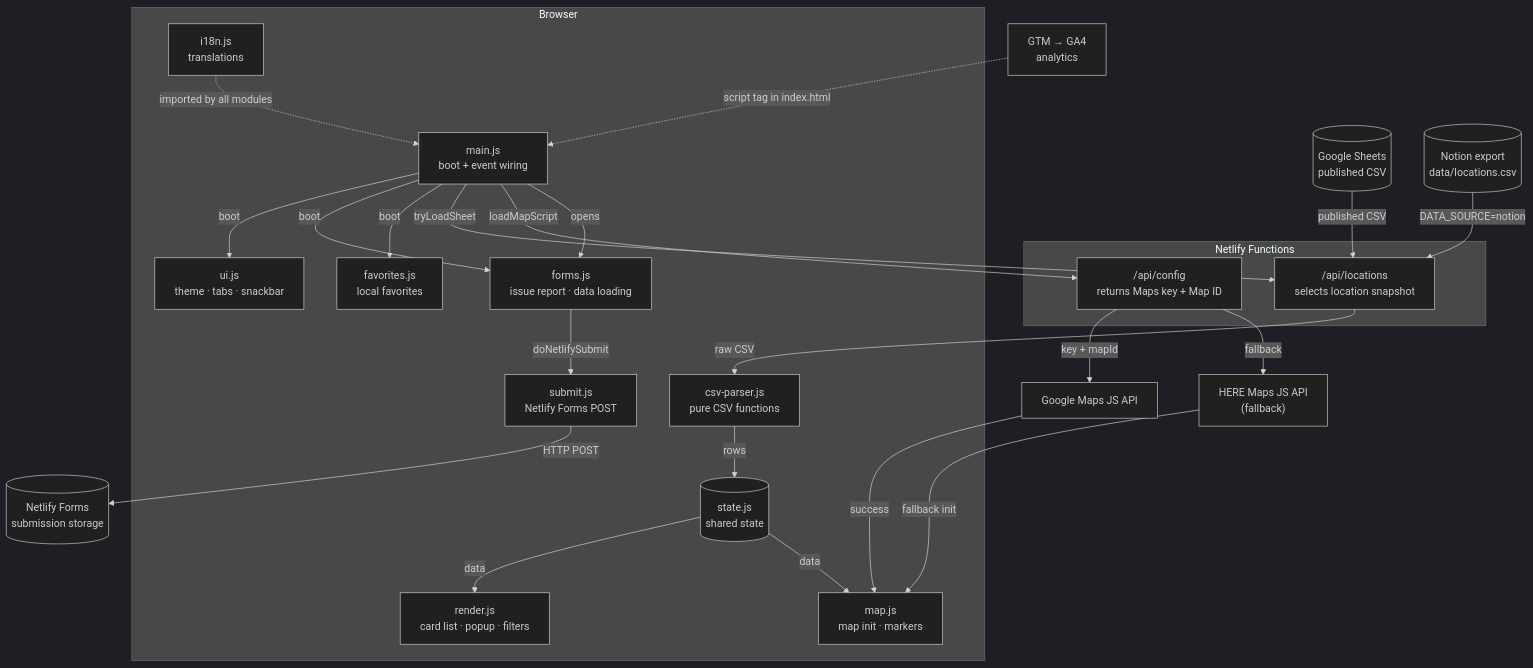
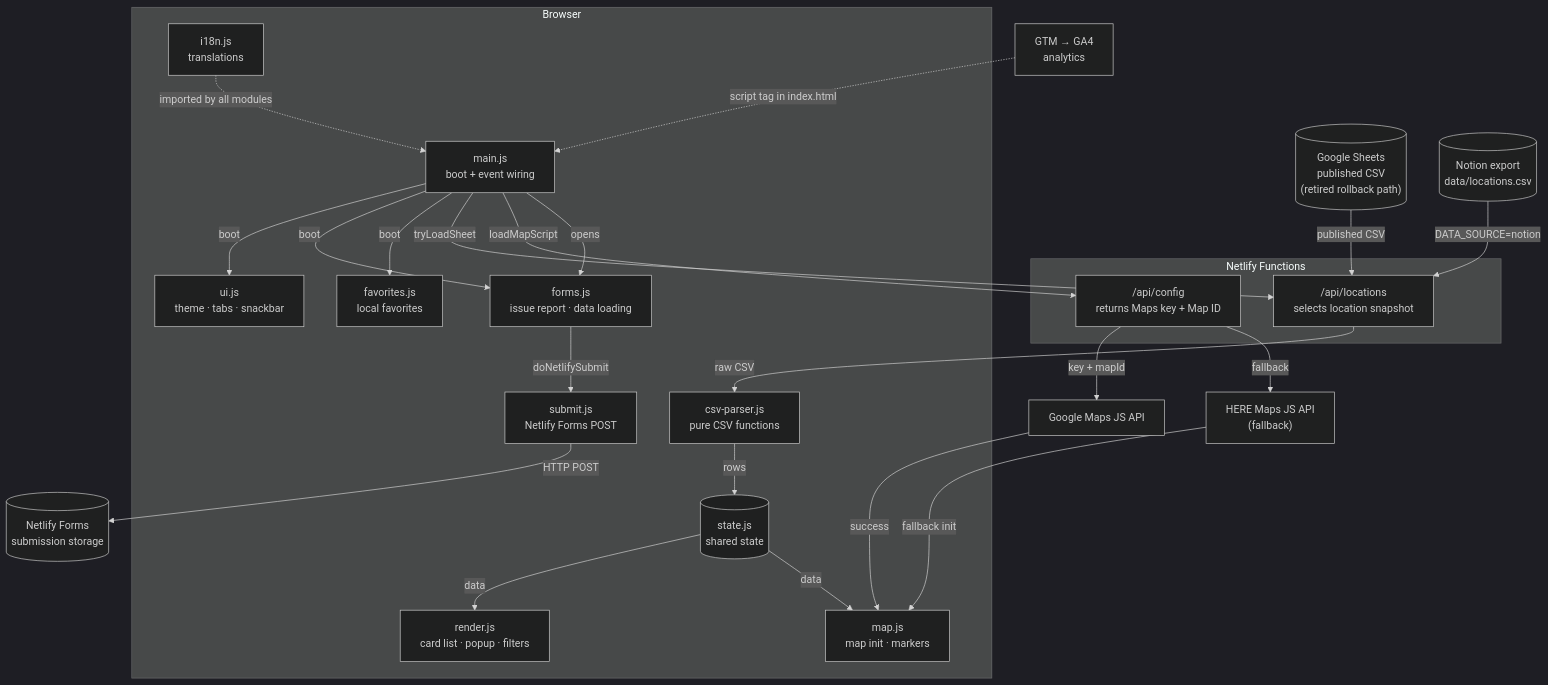
One commit to ginaz5/lingorm-map changed the first of 2 diagrams in README.md. Above: the diagram before and after it, drawn with Mermaid (dark theme). The commit also changed other lines of this file and 35 other files, not shown here.

````diff
--- a/README.md
+++ b/README.md
@@ -35,51 +35,51 @@
 ```mermaid
 flowchart TD
     subgraph Browser["Browser"]
         MAIN["main.js\nboot + event wiring"]
         STATE[("state.js\nshared state")]
         I18N["i18n.js\ntranslations"]
         CSV["csv-parser.js\npure CSV functions"]
         RENDER["render.js\ncard list · popup · filters"]
         MAP["map.js\nmap init · markers"]
         UI["ui.js\ntheme · tabs · snackbar"]
         FORMS["forms.js\nissue report · data loading"]
         SUBMIT["submit.js\nNetlify Forms POST"]
         FAV["favorites.js\nlocal favorites"]
     end
 
     subgraph Netlify_Fn["Netlify Functions"]
         CFG["/api/config\nreturns Maps key + Map ID"]
         LOC["/api/locations\nselects location snapshot"]
     end
 
-    GS[("Google Sheets\npublished CSV")]
+    GS[("Google Sheets\npublished CSV\n(retired rollback path)")]
     NOTION[("Notion export\ndata/locations.csv")]
     GMAPS["Google Maps JS API"]
     HERE["HERE Maps JS API\n(fallback)"]
     NFORMS[("Netlify Forms\nsubmission storage")]
     GTM["GTM → GA4\nanalytics"]
 
     MAIN -->|"boot"| UI
     MAIN -->|"boot"| FORMS
     MAIN -->|"boot"| FAV
     MAIN -->|"tryLoadSheet"| LOC
     GS -->|"published CSV"| LOC
     NOTION -->|"DATA_SOURCE=notion"| LOC
     LOC -->|"raw CSV"| CSV
     CSV -->|"rows"| STATE
     STATE -->|"data"| RENDER
     STATE -->|"data"| MAP
 
     MAIN -->|"loadMapScript"| CFG
     CFG -->|"key + mapId"| GMAPS
     GMAPS -->|"success"| MAP
     CFG -->|"fallback"| HERE
     HERE -->|"fallback init"| MAP
 
     MAIN -->|"opens"| FORMS
     FORMS -->|"doNetlifySubmit"| SUBMIT
     SUBMIT -->|"HTTP POST"| NFORMS
 
     GTM -.->|"script tag in index.html"| MAIN
     I18N -.->|"imported by all modules"| MAIN
 ```
````
